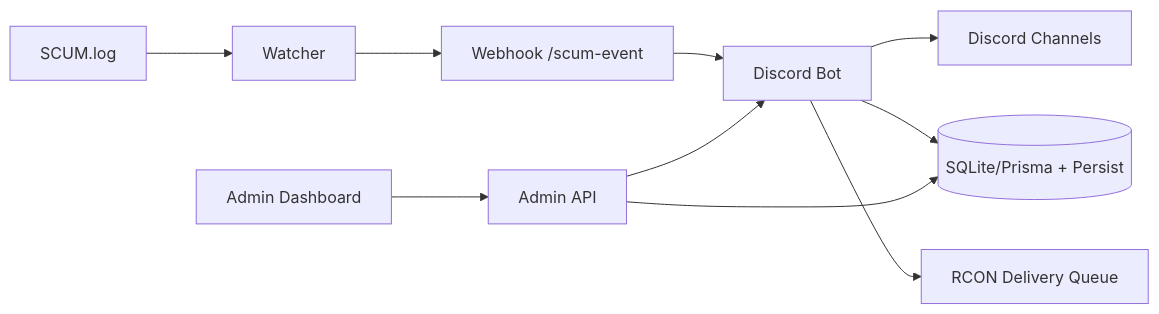
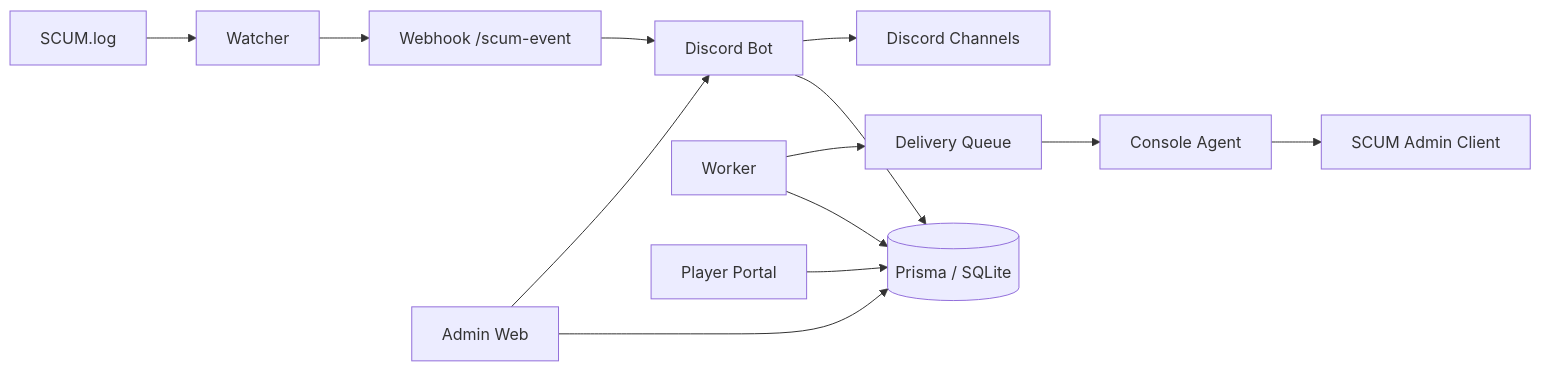
Before and after one commit to kogawz1997/scum-discord-bot-platform: the diagram in README.md, drawn with Mermaid. The commit also changed other lines of this file and 17 other files, not shown here.

````diff
--- a/README.md
+++ b/README.md
@@ -38,12 +119,15 @@
 ```mermaid
 flowchart LR
   A[SCUM.log] --> B[Watcher]
   B --> C[Webhook /scum-event]
   C --> D[Discord Bot]
-  D --> E[Discord Channels]
-  D --> F[(SQLite/Prisma + Persist)]
-  G[Admin Dashboard] --> H[Admin API]
-  H --> F
-  H --> D
-  D --> I[RCON Delivery Queue]
+  D --> E[(Prisma / SQLite)]
+  D --> F[Discord Channels]
+  G[Worker] --> E
+  G --> H[Delivery Queue]
+  H --> I[Console Agent]
+  I --> J[SCUM Admin Client]
+  K[Admin Web] --> E
+  K --> D
+  L[Player Portal] --> E
 ```
````
